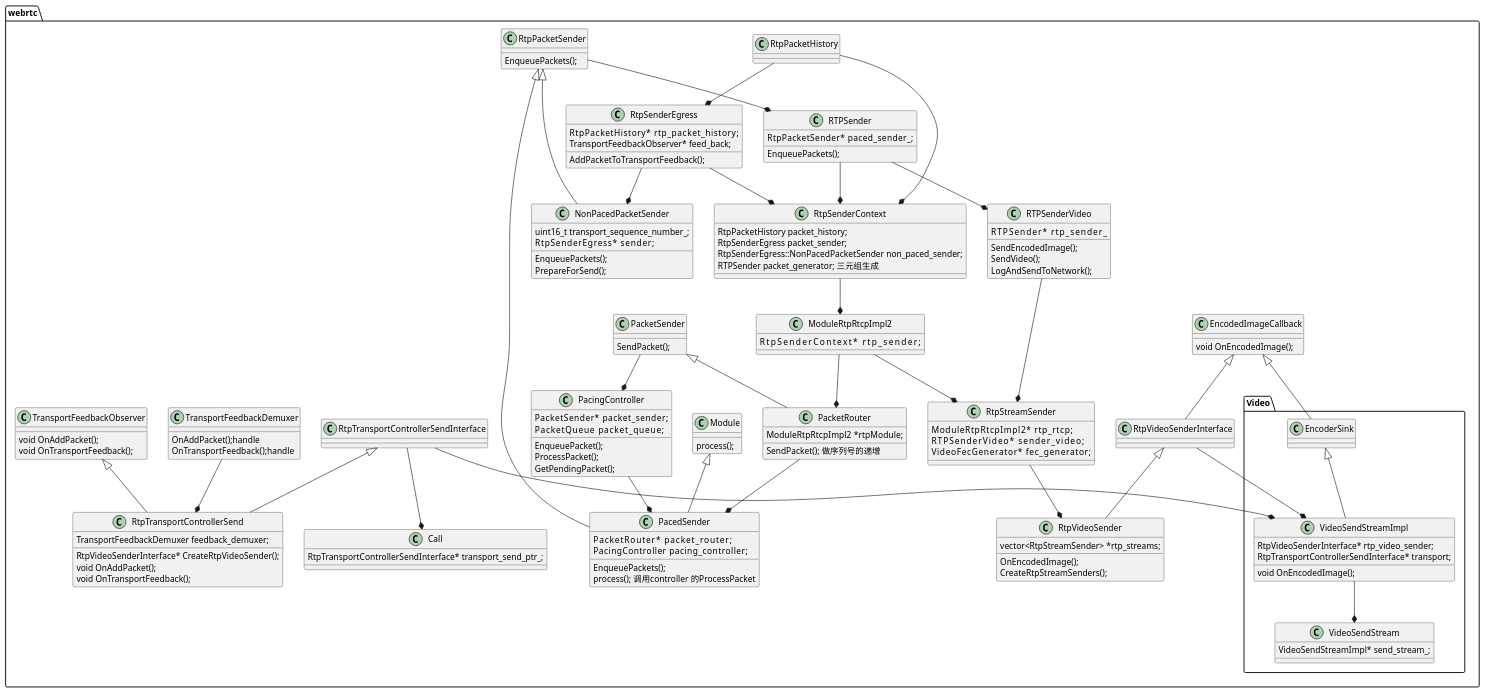
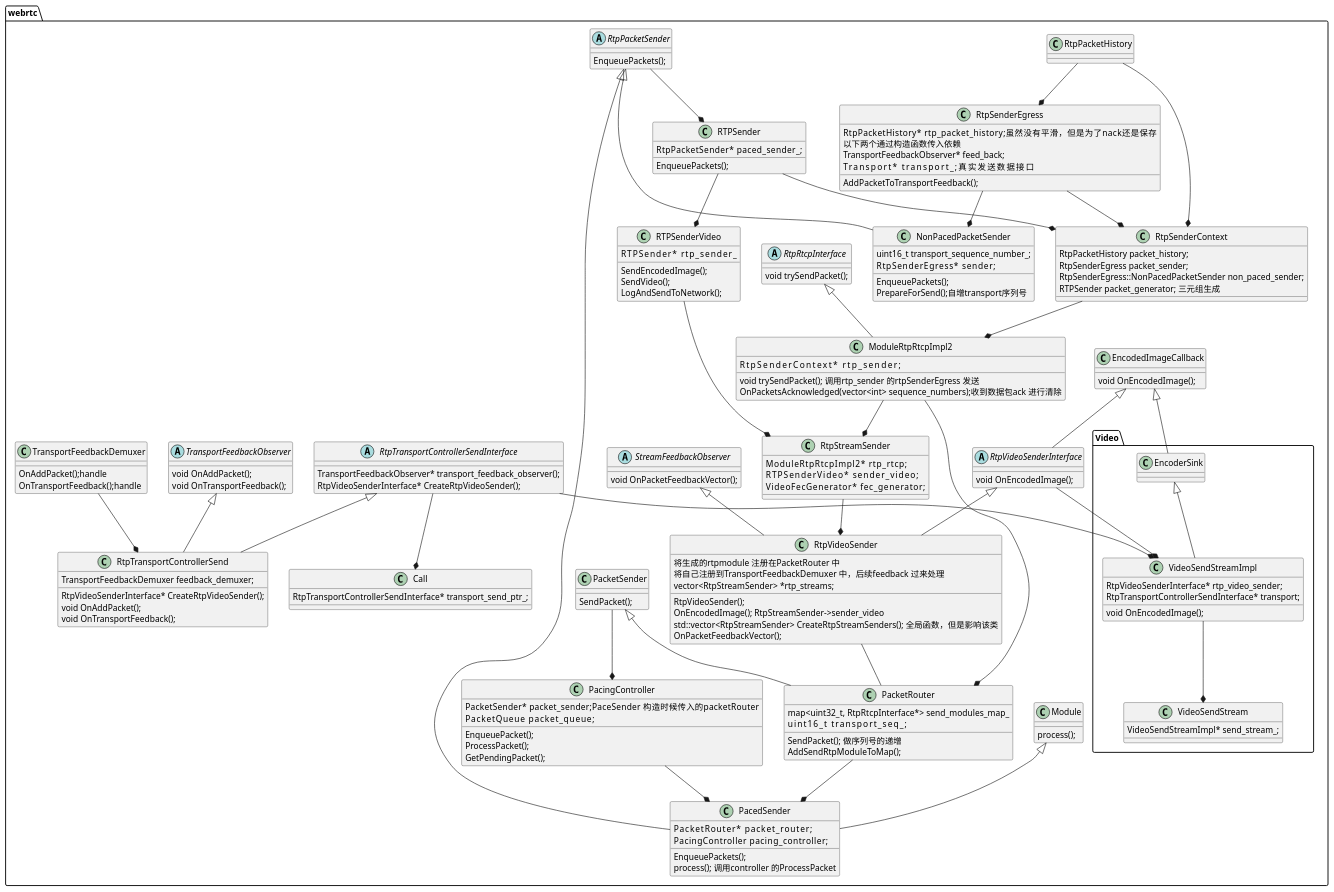
The diagram in source/_posts/call/callMaster.plantuml (hjybdrs/hjybdrs.github.io), drawn with PlantUML before and after one commit.

Commit message:
新版本ack 机制和类图

```diff
--- a/source/_posts/call/callMaster.plantuml
+++ b/source/_posts/call/callMaster.plantuml
@@ -7,9 +7,9 @@
         void OnEncodedImage();
     }
 
-    class RtpVideoSenderInterface 
+    abstract class RtpVideoSenderInterface 
     {
-
+        void OnEncodedImage();
     }
 
     EncodedImageCallback <|-- RtpVideoSenderInterface
@@ -22,7 +22,7 @@
         LogAndSendToNetwork();
     }
 
-    class RtpPacketSender
+    abstract class RtpPacketSender
     {
         EnqueuePackets();
     }
@@ -32,7 +32,7 @@
 
     }
 
-    class TransportFeedbackObserver
+    abstract class TransportFeedbackObserver
     {
         void OnAddPacket();
         void OnTransportFeedback();
@@ -40,8 +40,10 @@
 
     class RtpSenderEgress
     {
-        RtpPacketHistory*          rtp_packet_history;
+        RtpPacketHistory*          rtp_packet_history;虽然没有平滑，但是为了nack还是保存
+        以下两个通过构造函数传入依赖
         TransportFeedbackObserver* feed_back;
+        Transport*                 transport_;真实发送数据接口
         AddPacketToTransportFeedback();
     }
 
@@ -52,7 +54,7 @@
         uint16_t transport_sequence_number_;
         RtpSenderEgress*        sender;
         EnqueuePackets();
-        PrepareForSend();
+        PrepareForSend();自增transport序列号
     }
 
     RtpSenderEgress --* NonPacedPacketSender
@@ -64,8 +66,10 @@
 
     class PacketRouter
     {
-        ModuleRtpRtcpImpl2  *rtpModule;
+        map<uint32_t, RtpRtcpInterface*>  send_modules_map_
+        uint16_t            transport_seq_;
         SendPacket(); 做序列号的递增
+        AddSendRtpModuleToMap();
     }
 
     ModuleRtpRtcpImpl2 --* PacketRouter
@@ -74,7 +78,7 @@
 
     class PacingController
     {
-        PacketSender*       packet_sender;
+        PacketSender*       packet_sender;PaceSender 构造时候传入的packetRouter
         PacketQueue         packet_queue;
         EnqueuePacket();
         ProcessPacket();
@@ -127,10 +131,19 @@
 
     RTPSender --* RtpSenderContext
 
+    abstract class RtpRtcpInterface
+    {
+        void trySendPacket();
+    }
+
     class ModuleRtpRtcpImpl2
     {
         RtpSenderContext*                  rtp_sender;
+        void trySendPacket(); 调用rtp_sender 的rtpSenderEgress 发送
+        OnPacketsAcknowledged(vector<int> sequence_numbers);收到数据包ack 进行清除
     }
+
+    RtpRtcpInterface <|-- ModuleRtpRtcpImpl2
 
     RtpSenderContext --* ModuleRtpRtcpImpl2
 
@@ -144,19 +157,31 @@
     ModuleRtpRtcpImpl2 --* RtpStreamSender
     RTPSenderVideo --* RtpStreamSender
 
+    abstract class StreamFeedbackObserver
+    {
+        void OnPacketFeedbackVector();
+    }
+
     class RtpVideoSender
     {
-        OnEncodedImage();
-        CreateRtpStreamSenders();
+        将生成的rtpmodule 注册在PacketRouter 中
+        将自己注册到TransportFeedbackDemuxer 中，后续feedback 过来处理
+        RtpVideoSender();
+        OnEncodedImage(); RtpStreamSender->sender_video
+        std::vector<RtpStreamSender> CreateRtpStreamSenders(); 全局函数，但是影响该类
         vector<RtpStreamSender> *rtp_streams;
+        OnPacketFeedbackVector();
     }
+    
+    StreamFeedbackObserver <|-- RtpVideoSender
     RtpStreamSender --* RtpVideoSender
-
+    RtpVideoSender -- PacketRouter
     RtpVideoSenderInterface <|-- RtpVideoSender
 
-    class RtpTransportControllerSendInterface
+    abstract class RtpTransportControllerSendInterface
     {
-
+        TransportFeedbackObserver* transport_feedback_observer();
+        RtpVideoSenderInterface* CreateRtpVideoSender();
     }
 
     class TransportFeedbackDemuxer
```
